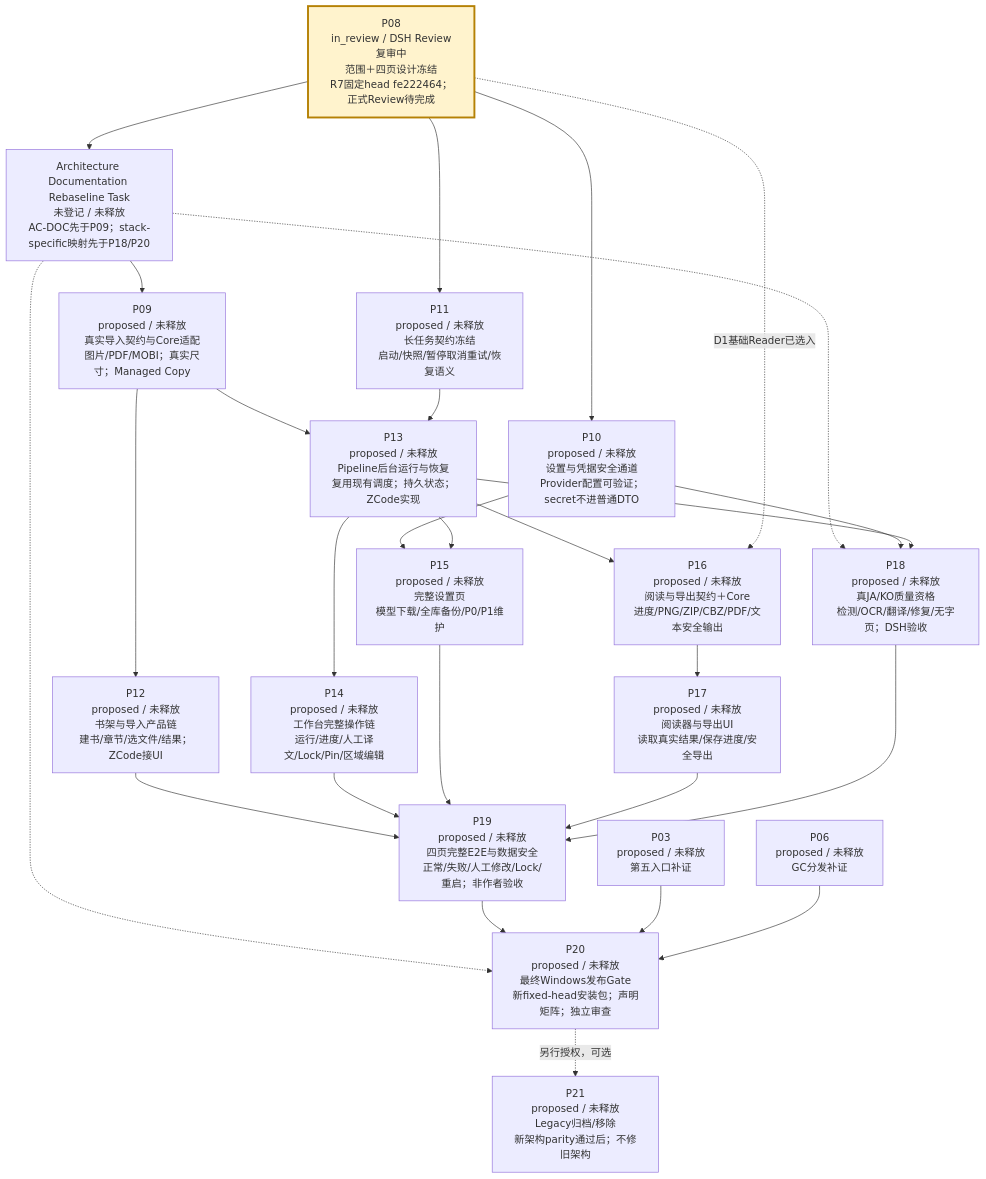
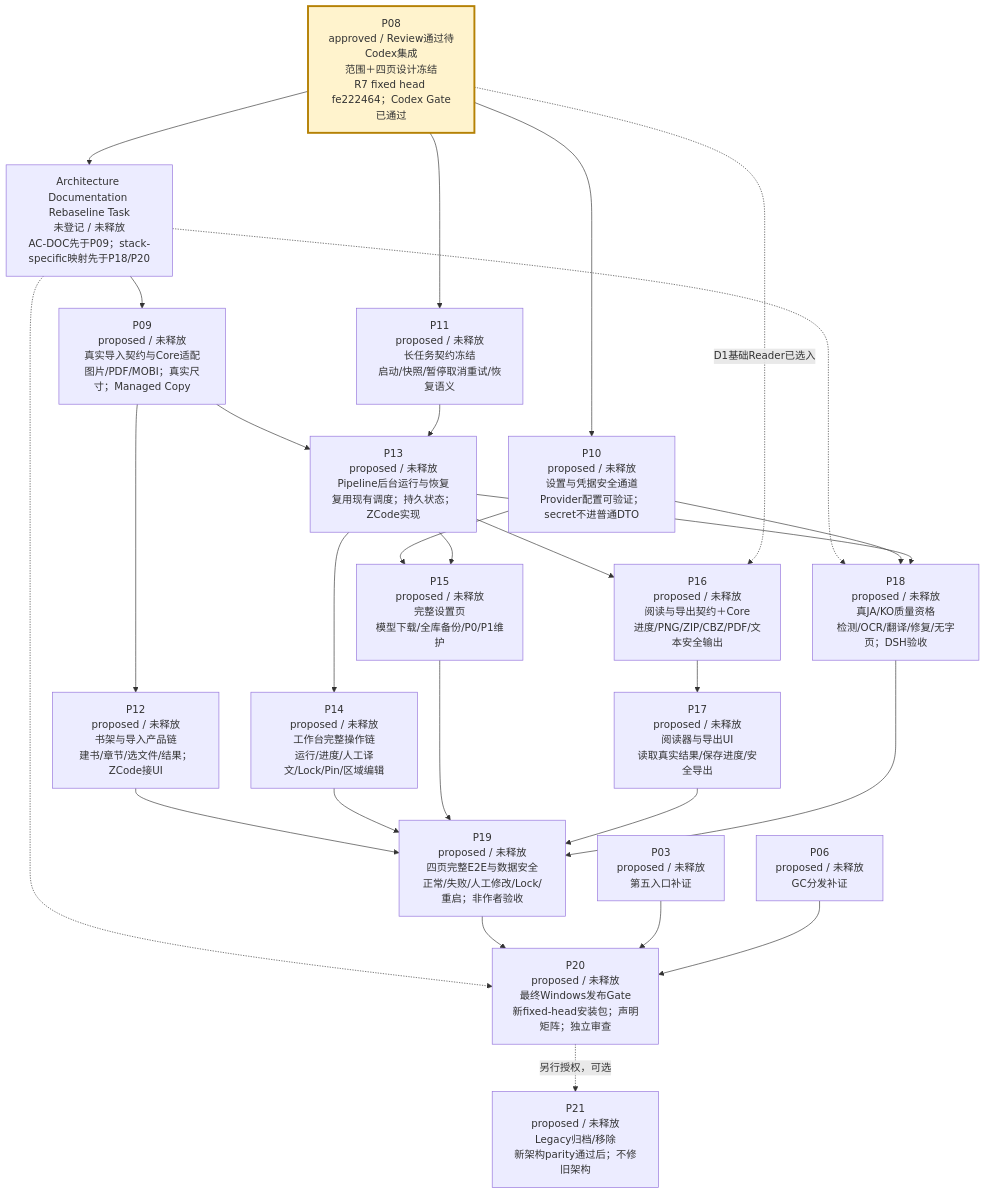
One commit to peakwheat-pixel/New-Manga changed the third of 4 diagrams in verification/PROJECT-ROADMAP-20261008/ROADMAP.md. Above: the diagram before and after it, drawn with Mermaid. The commit also changed other lines of this file and 12 other files, not shown here.

Commit message:
docs(P08): record approved R7 review gate

````diff
--- a/verification/PROJECT-ROADMAP-20261008/ROADMAP.md
+++ b/verification/PROJECT-ROADMAP-20261008/ROADMAP.md
@@ -47,30 +47,30 @@
 ```mermaid
 flowchart TB
-  P08["P08<br/>in_review / DSH Review复审中<br/>范围＋四页设计冻结<br/>R7固定head fe222464；正式Review待完成"] --> ARCHDOC["Architecture Documentation Rebaseline Task<br/>未登记 / 未释放<br/>AC-DOC先于P09；stack-specific映射先于P18/P20"]
+  P08["P08<br/>approved / Review通过待Codex集成<br/>范围＋四页设计冻结<br/>R7 fixed head fe222464；Codex Gate已通过"] --> ARCHDOC["Architecture Documentation Rebaseline Task<br/>未登记 / 未释放<br/>AC-DOC先于P09；stack-specific映射先于P18/P20"]
   ARCHDOC --> P09["P09<br/>proposed / 未释放<br/>真实导入契约与Core适配<br/>图片/PDF/MOBI；真实尺寸；Managed Copy"]
   ARCHDOC -.-> P18
   ARCHDOC -.-> P20
   P08 --> P10["P10<br/>proposed / 未释放<br/>设置与凭据安全通道<br/>Provider配置可验证；secret不进普通DTO"]
   P08 --> P11["P11<br/>proposed / 未释放<br/>长任务契约冻结<br/>启动/快照/暂停取消重试/恢复语义"]
   P09 --> P12["P12<br/>proposed / 未释放<br/>书架与导入产品链<br/>建书/章节/选文件/结果；ZCode接UI"]
   P09 --> P13["P13<br/>proposed / 未释放<br/>Pipeline后台运行与恢复<br/>复用现有调度；持久状态；ZCode实现"]
   P11 --> P13
   P13 --> P14["P14<br/>proposed / 未释放<br/>工作台完整操作链<br/>运行/进度/人工译文/Lock/Pin/区域编辑"]
   P10 --> P15["P15<br/>proposed / 未释放<br/>完整设置页<br/>模型下载/全库备份/P0/P1维护"]
   P13 --> P15
   P13 --> P16["P16<br/>proposed / 未释放<br/>阅读与导出契约＋Core<br/>进度/PNG/ZIP/CBZ/PDF/文本安全输出"]
   P08 -. "D1基础Reader已选入" .-> P16
   P16 --> P17["P17<br/>proposed / 未释放<br/>阅读器与导出UI<br/>读取真实结果/保存进度/安全导出"]
   P10 --> P18["P18<br/>proposed / 未释放<br/>真JA/KO质量资格<br/>检测/OCR/翻译/修复/无字页；DSH验收"]
   P13 --> P18
   P12 --> P19["P19<br/>proposed / 未释放<br/>四页完整E2E与数据安全<br/>正常/失败/人工修改/Lock/重启；非作者验收"]
   P14 --> P19
   P15 --> P19
   P17 --> P19
   P18 --> P19
   P19 --> P20["P20<br/>proposed / 未释放<br/>最终Windows发布Gate<br/>新fixed-head安装包；声明矩阵；独立审查"]
   P03["P03<br/>proposed / 未释放<br/>第五入口补证"] --> P20
   P06["P06<br/>proposed / 未释放<br/>GC分发补证"] --> P20
   P20 -. "另行授权，可选" .-> P21["P21<br/>proposed / 未释放<br/>Legacy归档/移除<br/>新架构parity通过后；不修旧架构"]
   style P08 fill:#fff3cd,stroke:#b58105,stroke-width:3px
 ```
````
